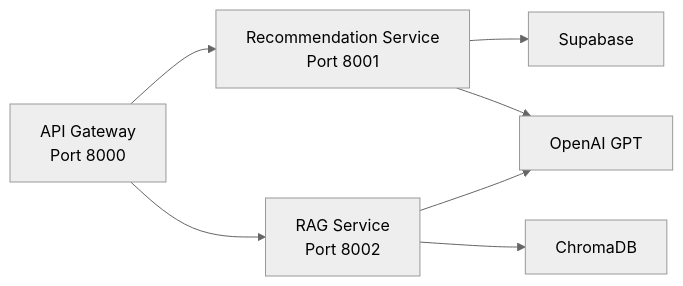
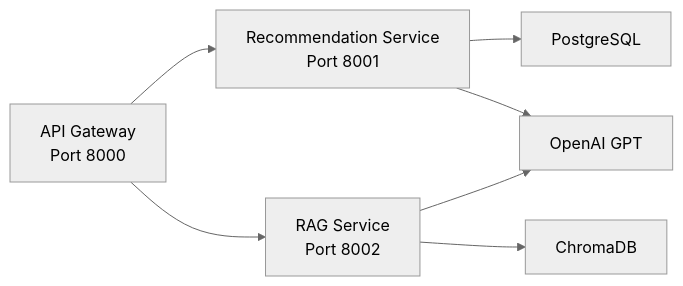
The second of 4 diagrams in README.md (ajaysathriai-afk/cardwise-ai-platform), drawn with Mermaid (neutral theme) before and after one commit. The commit also changed other lines of this file, not shown here.

````diff
--- a/README.md
+++ b/README.md
@@ -92,17 +113,17 @@
 ```mermaid
 flowchart LR
 
 A[API Gateway<br>Port 8000]
 
 A --> B[Recommendation Service<br>Port 8001]
 
 A --> C[RAG Service<br>Port 8002]
 
-B --> D[Supabase]
+B --> D[PostgreSQL]
 
 B --> E[OpenAI GPT]
 
 C --> F[ChromaDB]
 
 C --> E
 ```
````
